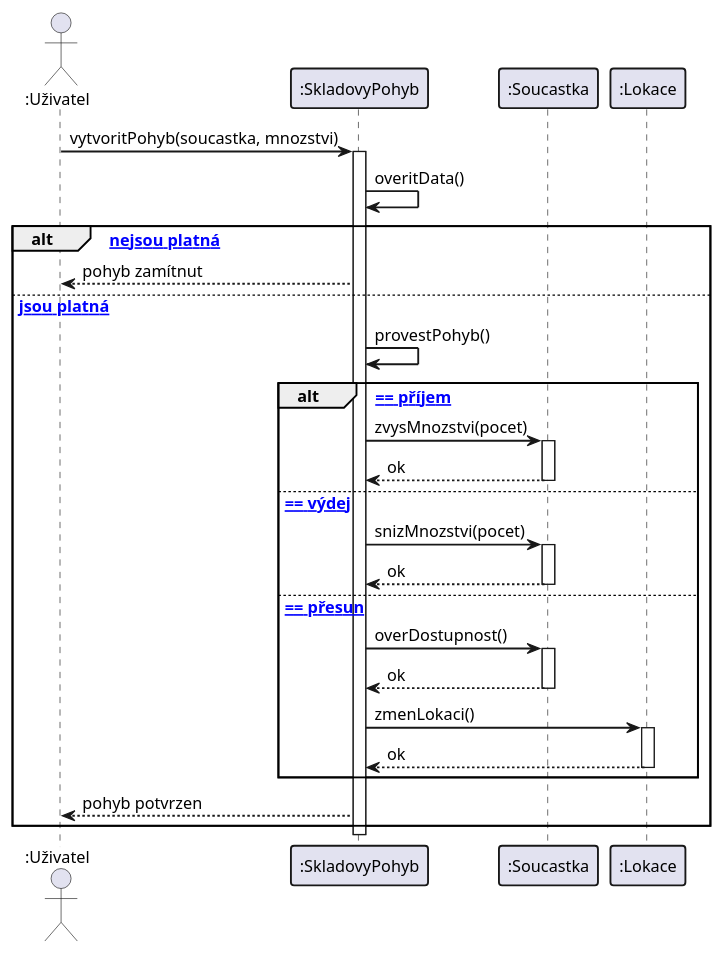
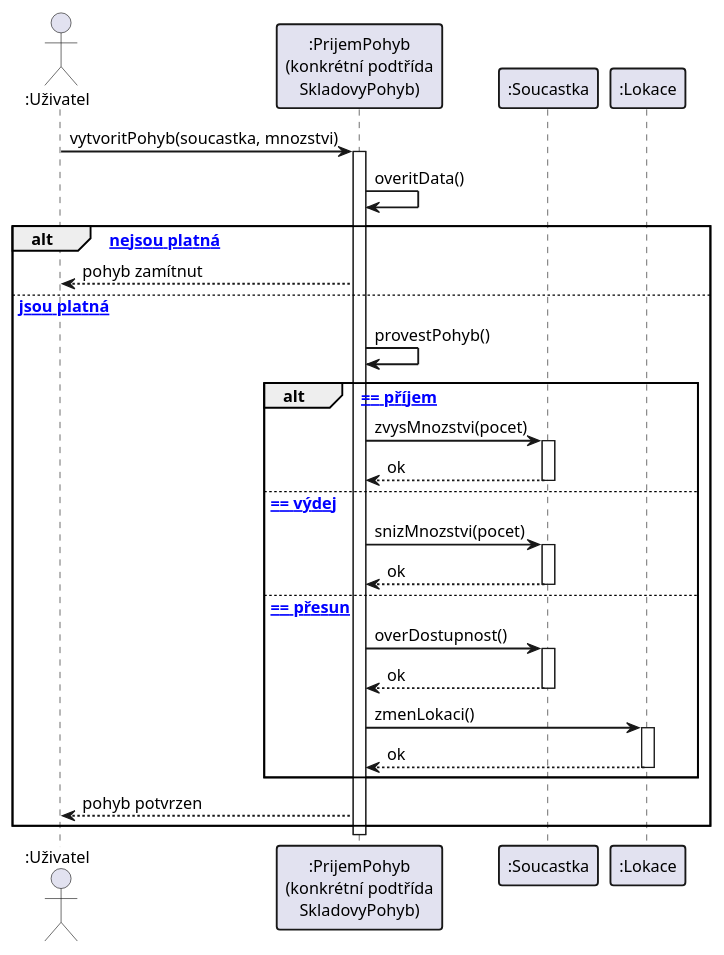
The diagram in diagrams/13_sequence_pohyb.puml (lkvapil/kOdevzdaniProjektWMS), drawn with PlantUML before and after one commit. The commit also changed 2 other files, not shown here.

Commit message:
Fix sequence diagram: use concrete subclass instead of abstract SkladovyPohyb

```diff
--- a/diagrams/13_sequence_pohyb.puml
+++ b/diagrams/13_sequence_pohyb.puml
@@ -1,51 +1,51 @@
 @startuml
 skinparam defaultFontSize 13
 skinparam sequenceArrowThickness 1.5
 skinparam sequenceParticipantBorderThickness 1.5
 skinparam sequenceGroupBorderThickness 1.5
 
 actor ":Uživatel" as Uzivatel
-participant ":SkladovyPohyb" as Pohyb
+participant ":PrijemPohyb\n(konkrétní podtřída\nSkladovyPohyb)" as Pohyb
 participant ":Soucastka" as Soucastka
 participant ":Lokace" as Lokace
 
 Uzivatel -> Pohyb : vytvoritPohyb(soucastka, mnozstvi)
 activate Pohyb
 
 Pohyb -> Pohyb : overitData()
 
 alt [data nejsou platná]
     Pohyb --> Uzivatel : pohyb zamítnut
 
 else [data jsou platná]
     Pohyb -> Pohyb : provestPohyb()
 
     alt [typ == příjem]
         Pohyb -> Soucastka : zvysMnozstvi(pocet)
         activate Soucastka
         Soucastka --> Pohyb : ok
         deactivate Soucastka
 
     else [typ == výdej]
         Pohyb -> Soucastka : snizMnozstvi(pocet)
         activate Soucastka
         Soucastka --> Pohyb : ok
         deactivate Soucastka
 
     else [typ == přesun]
         Pohyb -> Soucastka : overDostupnost()
         activate Soucastka
         Soucastka --> Pohyb : ok
         deactivate Soucastka
         Pohyb -> Lokace : zmenLokaci()
         activate Lokace
         Lokace --> Pohyb : ok
         deactivate Lokace
     end
 
     Pohyb --> Uzivatel : pohyb potvrzen
 end
 
 deactivate Pohyb
 
 @enduml
```
